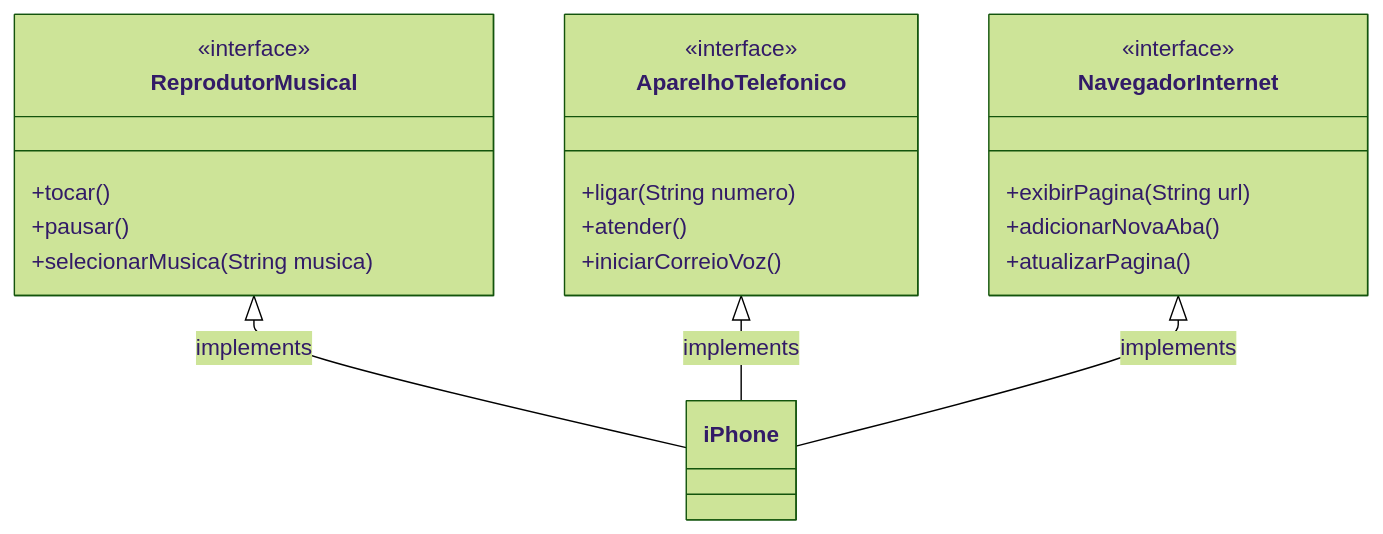
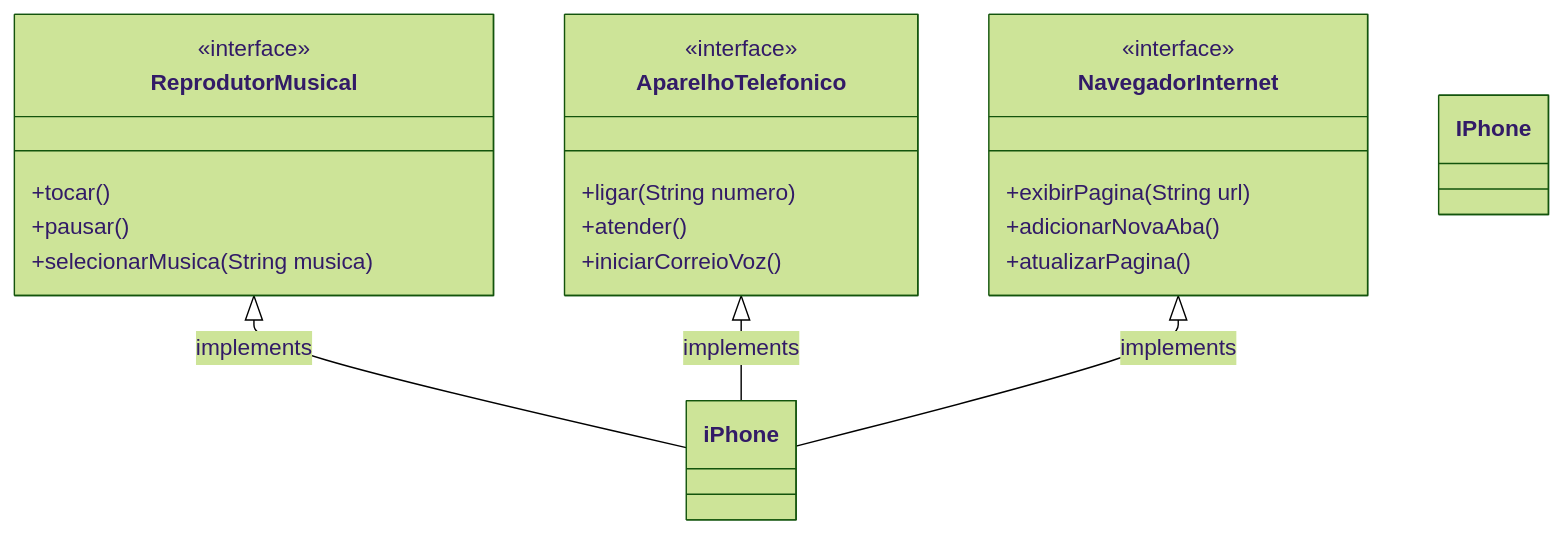
Before and after one commit to hudson-harca/poo-desafio: the diagram in README.md, drawn with Mermaid (forest theme). The commit also changed 8 other files, not shown here.

````diff
--- a/README.md
+++ b/README.md
@@ -6,32 +6,32 @@
 ```mermaid
 classDiagram
 
     class ReprodutorMusical{
         <<interface>>
         +tocar()
         +pausar()
         +selecionarMusica(String musica)
     }
 
     class AparelhoTelefonico {
         <<interface>>
         +ligar(String numero)
         +atender()
         +iniciarCorreioVoz()
     }
 
     class NavegadorInternet {
         <<interface>>
         +exibirPagina(String url)
         +adicionarNovaAba()
         +atualizarPagina()
     }
 
-    class iPhone {
+    class IPhone {
     }
 
     ReprodutorMusical <|-- iPhone : implements 
     AparelhoTelefonico <|-- iPhone : implements 
     NavegadorInternet <|-- iPhone : implements 
 
 ```
````
